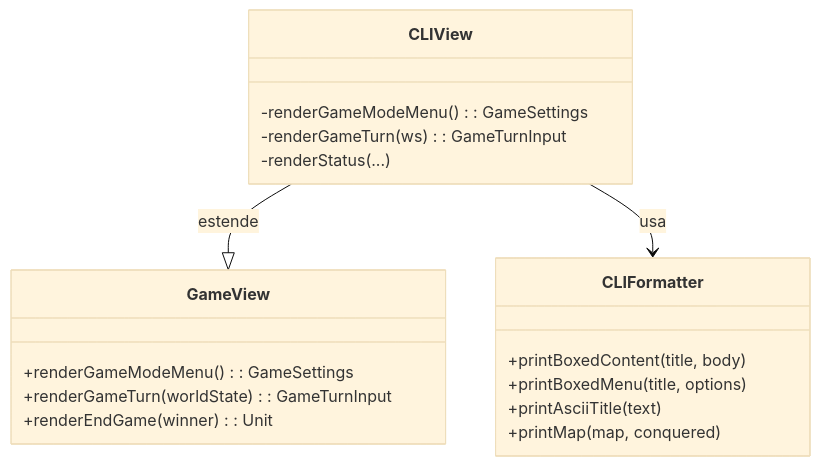
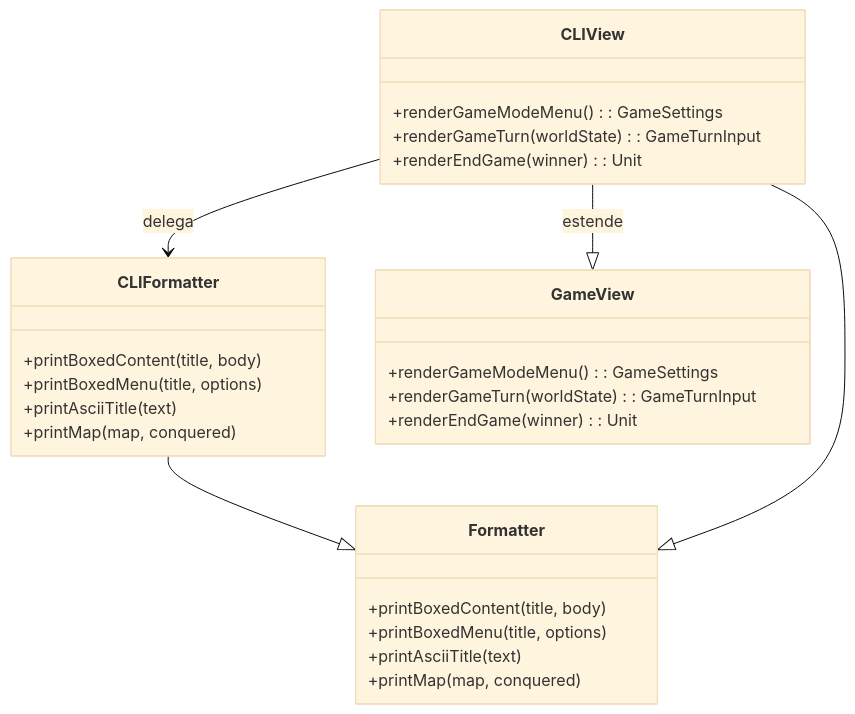
The diagram in docs/sections/gianmaria/viewSystem.md (GiammaCode/PPS-25-RiseOfTheMachine), drawn with Mermaid (base theme) before and after one commit. The commit also changed other lines of this file and 2 other files, not shown here.

Commit message:
add mixin in view and update doc

````diff
--- a/docs/sections/gianmaria/viewSystem.md
+++ b/docs/sections/gianmaria/viewSystem.md
@@ -52,24 +62,35 @@
-```mermaid
-classDiagram
-  class GameView {
-    +renderGameModeMenu(): GameSettings
-    +renderGameTurn(worldState): GameTurnInput
-    +renderEndGame(winner): Unit
-  }
+  ```mermaid
+  classDiagram
+    direction TB
 
-  class CLIView {
-    -renderGameModeMenu(): GameSettings
-    -renderGameTurn(ws): GameTurnInput
-    -renderStatus(...)
-  }
+    class Formatter {
+        +printBoxedContent(title, body)
+        +printBoxedMenu(title, options)
+        +printAsciiTitle(text)
+        +printMap(map, conquered)
+    }
 
-  class CLIFormatter {
-    +printBoxedContent(title, body)
-    +printBoxedMenu(title, options)
-    +printAsciiTitle(text)
-    +printMap(map, conquered)
-  }
+    class CLIFormatter {
+        +printBoxedContent(title, body)
+        +printBoxedMenu(title, options)
+        +printAsciiTitle(text)
+        +printMap(map, conquered)
+    }
 
-  CLIView --|> GameView : estende
-  CLIView --> CLIFormatter : usa
+    class GameView {
+        +renderGameModeMenu(): GameSettings
+        +renderGameTurn(worldState): GameTurnInput
+        +renderEndGame(winner): Unit
+    }
+
+    class CLIView {
+        +renderGameModeMenu(): GameSettings
+        +renderGameTurn(worldState): GameTurnInput
+        +renderEndGame(winner): Unit
+    }
+
+    CLIFormatter --|> Formatter
+    CLIView --> CLIFormatter: delega
+    CLIView --|> GameView: estende
+    CLIView --|> Formatter
 ```
````
